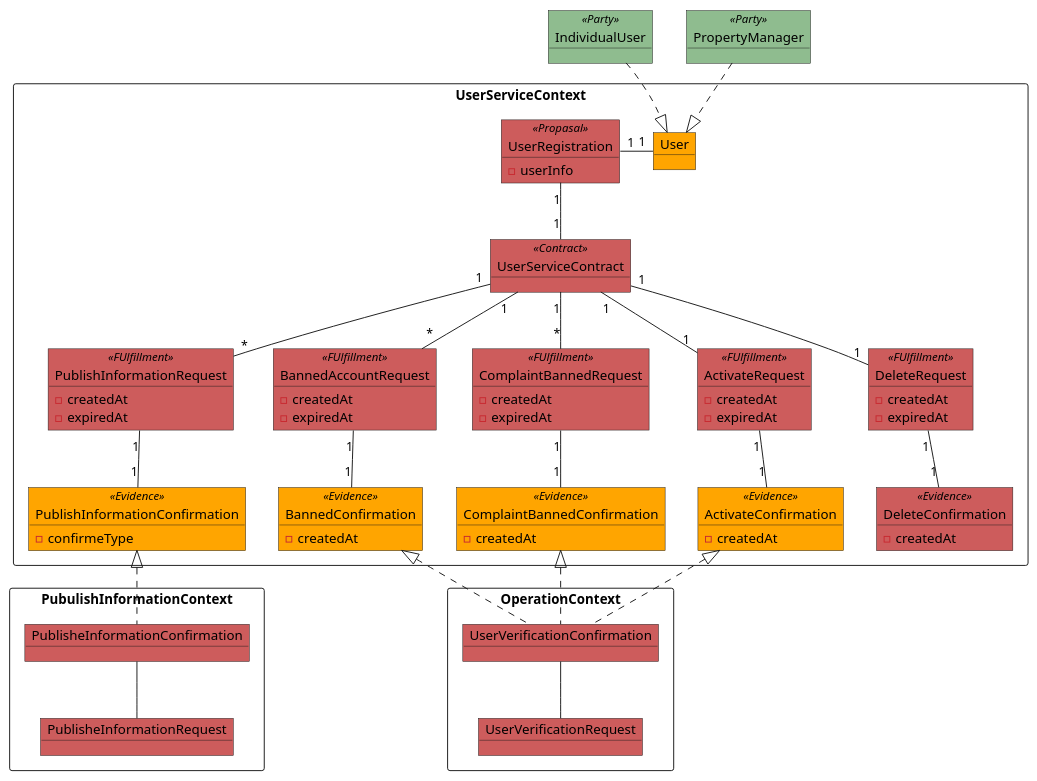
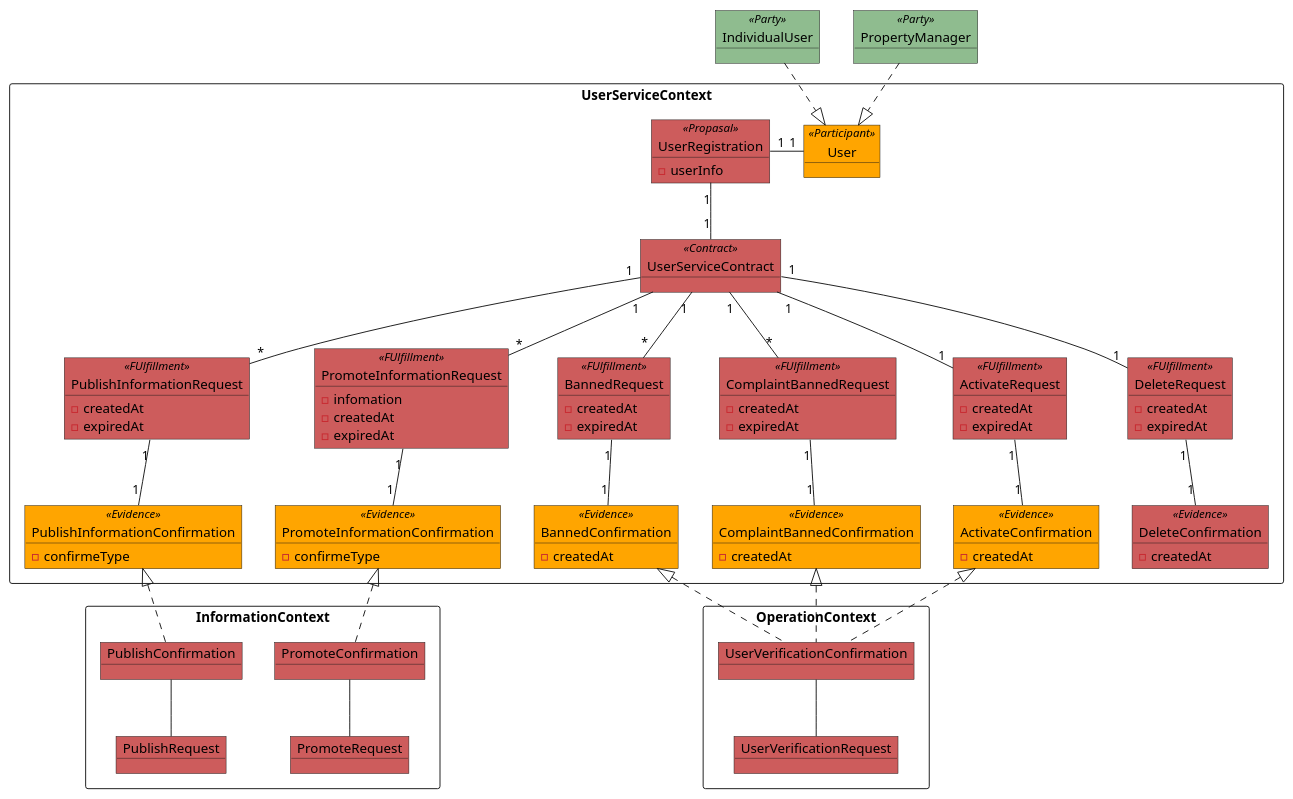
Before and after one commit to scglwsj/seele: the first of 3 diagrams in 8x/thought_tenement.puml, drawn with PlantUML. The commit also changed other lines of this file, not shown here.

```diff
--- a/8x/thought_tenement.puml
+++ b/8x/thought_tenement.puml
@@ -1,92 +1,108 @@
 @startuml user_service
 package UserServiceContext <<Rectangle>>{
-  object User #Orange
+  object User <<Participant>> #Orange
   object UserServiceContract <<Contract>> #IndianRed
 
   object UserRegistration <<Propasal>> #IndianRed {
     - userInfo
   }
 
   object PublishInformationRequest <<FUlfillment>> #IndianRed {
     - createdAt
     - expiredAt
   }
 
   object PublishInformationConfirmation <<Evidence>> #Orange {
     - confirmeType
   }
 
-  object BannedAccountRequest <<FUlfillment>> #IndianRed {
+  object PromoteInformationRequest <<FUlfillment>> #IndianRed {
+    - infomation
+    - createdAt
+    - expiredAt
+  }
+
+  object PromoteInformationConfirmation <<Evidence>> #Orange {
+    - confirmeType
+  }
+
+  object BannedRequest <<FUlfillment>> #IndianRed {
     - createdAt
     - expiredAt
   }
 
   object BannedConfirmation <<Evidence>> #Orange {
     - createdAt
   }
 
   object ComplaintBannedRequest <<FUlfillment>> #IndianRed {
     - createdAt
     - expiredAt
   }
 
   object ComplaintBannedConfirmation <<Evidence>> #Orange {
     - createdAt
   }
 
   object ActivateRequest <<FUlfillment>> #IndianRed {
     - createdAt
     - expiredAt
   }
 
   object ActivateConfirmation <<Evidence>> #Orange {
     - createdAt
   }
 
   object DeleteRequest <<FUlfillment>> #IndianRed {
     - createdAt
     - expiredAt
   }
 
   object DeleteConfirmation <<Evidence>> #IndianRed {
     - createdAt
   }
 
   User "1" -left- "1" UserRegistration
   UserRegistration "1" -- "1" UserServiceContract
   UserServiceContract "1" -- "*" PublishInformationRequest
   PublishInformationRequest "1" -- "1" PublishInformationConfirmation
+  UserServiceContract "1" -- "*" PromoteInformationRequest
+  PromoteInformationRequest "1" -- "1" PromoteInformationConfirmation
   UserServiceContract "1" -- "1" DeleteRequest
   DeleteRequest "1" -- "1" DeleteConfirmation
-  UserServiceContract "1" -- "*" BannedAccountRequest
-  BannedAccountRequest "1" -- "1" BannedConfirmation
+  UserServiceContract "1" -- "*" BannedRequest
+  BannedRequest "1" -- "1" BannedConfirmation
   UserServiceContract "1" -- "1" ActivateRequest
   ActivateRequest "1" -- "1" ActivateConfirmation
   UserServiceContract "1" -- "*" ComplaintBannedRequest
   ComplaintBannedRequest "1" -- "1" ComplaintBannedConfirmation
 }
 
-package PubulishInformationContext <<Rectangle>> {
-  object PublisheInformationRequest #IndianRed
-  object PublisheInformationConfirmation #IndianRed
+package InformationContext <<Rectangle>> {
+  object PublishRequest #IndianRed
+  object PublishConfirmation  #IndianRed
+  object PromoteRequest #IndianRed
+  object PromoteConfirmation #IndianRed
 
-  PublisheInformationConfirmation -- PublisheInformationRequest
+  PromoteConfirmation -- PromoteRequest
+  PublishConfirmation -- PublishRequest
 }
 
 package OperationContext <<Rectangle>> {
   object UserVerificationRequest #IndianRed
   object UserVerificationConfirmation #IndianRed
   UserVerificationConfirmation --  UserVerificationRequest
 }
 
 object IndividualUser <<Party>> #DarkSeaGreen
 object PropertyManager <<Party>> #DarkSeaGreen
 
 
 IndividualUser ..^ User
 PropertyManager ..^ User
-PublishInformationConfirmation ^.. PublisheInformationConfirmation
+PublishInformationConfirmation ^.. PublishConfirmation
+PromoteInformationConfirmation ^.. PromoteConfirmation
 ActivateConfirmation ^.. UserVerificationConfirmation
 BannedConfirmation ^.. UserVerificationConfirmation
 ComplaintBannedConfirmation ^.. UserVerificationConfirmation
 @enduml
```
